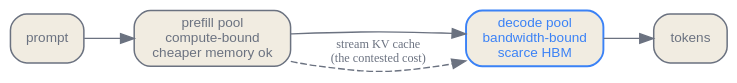
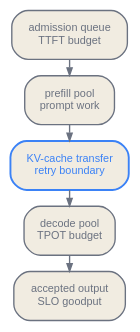
The fifth of 5 diagrams in en/infrastructure/08-the-machine-that-breaks.qmd (latere-ai/ai-as-an-infrastructure), drawn with Graphviz before and after one commit. The commit also changed other lines of this file and 3 other files, not shown here.

````diff
--- a/en/infrastructure/08-the-machine-that-breaks.qmd
+++ b/en/infrastructure/08-the-machine-that-breaks.qmd
@@ -139,17 +383,16 @@
 ```{dot}
 //| label: fig-machine-disagg
-//| fig-cap: "Why serving splits in two. Prefill is compute-bound and tolerates cheap memory; decode is bandwidth-bound and wants scarce HBM. Disaggregating them onto differently-provisioned pools lets each run on cost-optimal silicon, at the cost of streaming the KV cache between them. Whether that trade pays is contested."
-digraph disagg {
-  rankdir=LR;
-  bgcolor="transparent";
-  node [shape=box, style="rounded,filled", fontname="Helvetica", fontsize=10, color="#6b7280", fontcolor="#6b7280", fillcolor="#f1ece1", penwidth=1.1];
-  edge [color="#6b7280", fontcolor="#6b7280", fontsize=9];
-
-  prompt [label="prompt"];
-  prefill [label="prefill pool\ncompute-bound\ncheaper memory ok"];
-  decode  [label="decode pool\nbandwidth-bound\nscarce HBM", color="#3b82f6", fontcolor="#3b82f6", penwidth=1.4];
-  out [label="tokens"];
-  prompt -> prefill -> decode -> out;
-  prefill -> decode [label="stream KV cache\n(the contested cost)", style=dashed];
+//| fig-cap: "Disaggregation removes phase interference but creates a state-transfer boundary. The deployment must budget queueing, KV-cache transfer, retry, and duplicate model capacity."
+digraph {
+  bgcolor="transparent"; rankdir=TB;
+  nodesep=0.13; ranksep=0.17;
+  node [shape=box, style="rounded,filled", fontname="Helvetica", fontsize=8, margin="0.10,0.06", color="#6b7280", fontcolor="#6b7280", fillcolor="#f1ece1"];
+  edge [color="#6b7280", fontcolor="#6b7280", fontsize=7, arrowsize=0.55];
+  queue [label="admission queue\nTTFT budget"];
+  prefill [label="prefill pool\nprompt work"];
+  transfer [label="KV-cache transfer\nretry boundary", color="#3b82f6", fontcolor="#3b82f6", penwidth=1.4];
+  decode [label="decode pool\nTPOT budget"];
+  accept [label="accepted output\nSLO goodput"];
+  queue -> prefill -> transfer -> decode -> accept;
 }
 ```
````
